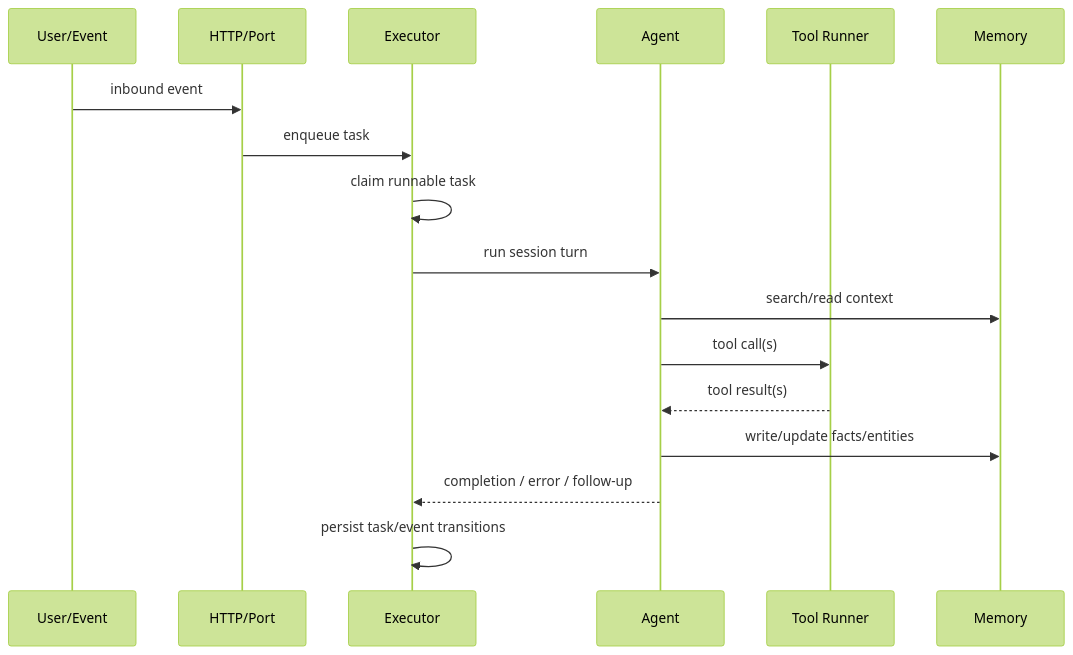
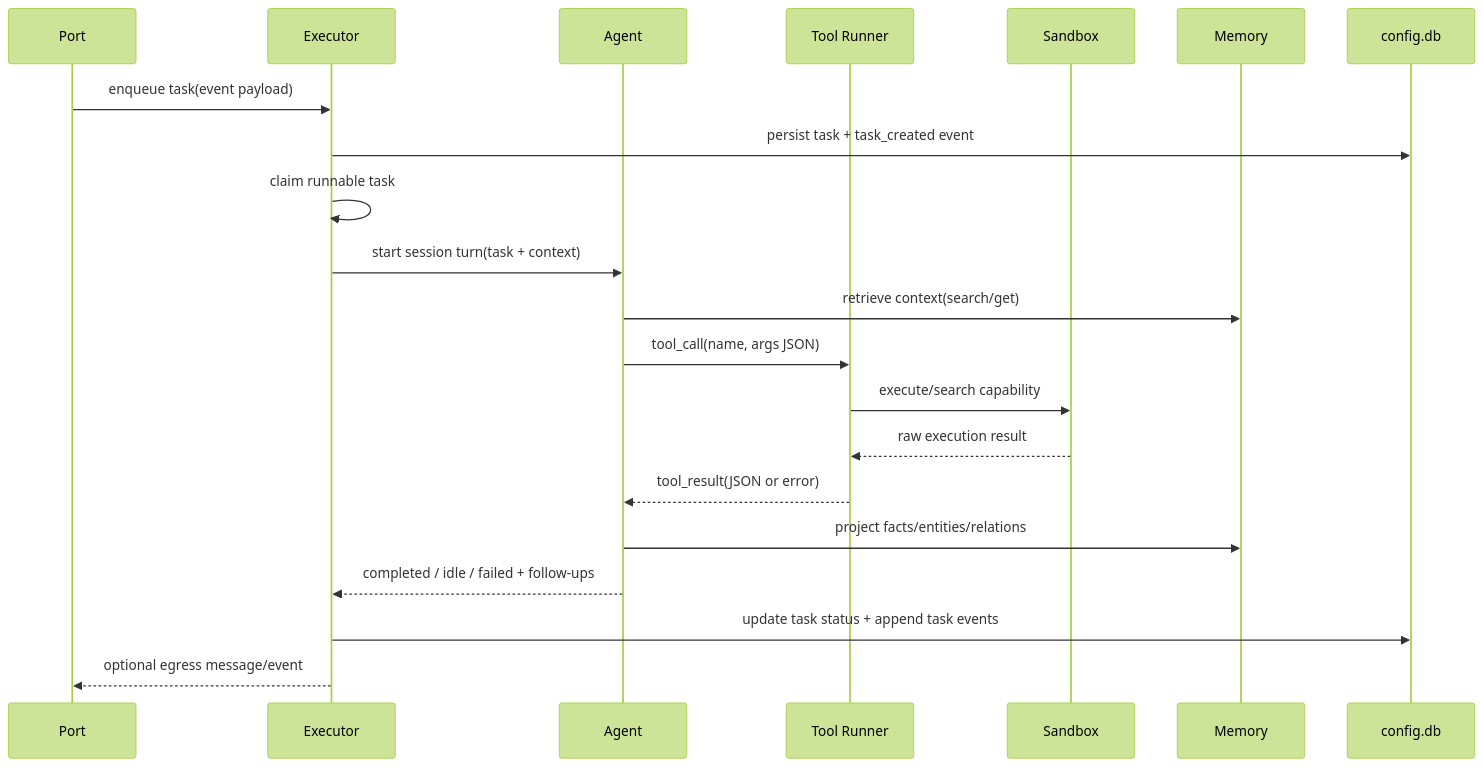
Before and after one commit to leostera/agents: the second of 5 diagrams in ARCHITECTURE.md, drawn with Mermaid (forest theme). The commit also changed other lines of this file, not shown here.

Commit message:
docs(architecture): expand high-level component diagrams

````diff
--- a/ARCHITECTURE.md
+++ b/ARCHITECTURE.md
@@ -38,20 +70,24 @@
 ```mermaid
 sequenceDiagram
-  participant U as User/Event
-  participant H as HTTP/Port
-  participant E as Executor
-  participant G as Agent
-  participant R as Tool Runner
+  participant P as Port
+  participant X as Executor
+  participant A as Agent
+  participant T as Tool Runner
+  participant SB as Sandbox
   participant M as Memory
+  participant DB as config.db
 
-  U->>H: inbound event
-  H->>E: enqueue task
-  E->>E: claim runnable task
-  E->>G: run session turn
-  G->>M: search/read context
-  G->>R: tool call(s)
-  R-->>G: tool result(s)
-  G->>M: write/update facts/entities
-  G-->>E: completion / error / follow-up
-  E->>E: persist task/event transitions
+  P->>X: enqueue task(event payload)
+  X->>DB: persist task + task_created event
+  X->>X: claim runnable task
+  X->>A: start session turn(task + context)
+  A->>M: retrieve context(search/get)
+  A->>T: tool_call(name, args JSON)
+  T->>SB: execute/search capability
+  SB-->>T: raw execution result
+  T-->>A: tool_result(JSON or error)
+  A->>M: project facts/entities/relations
+  A-->>X: completed / idle / failed + follow-ups
+  X->>DB: update task status + append task events
+  X-->>P: optional egress message/event
 ```
````
